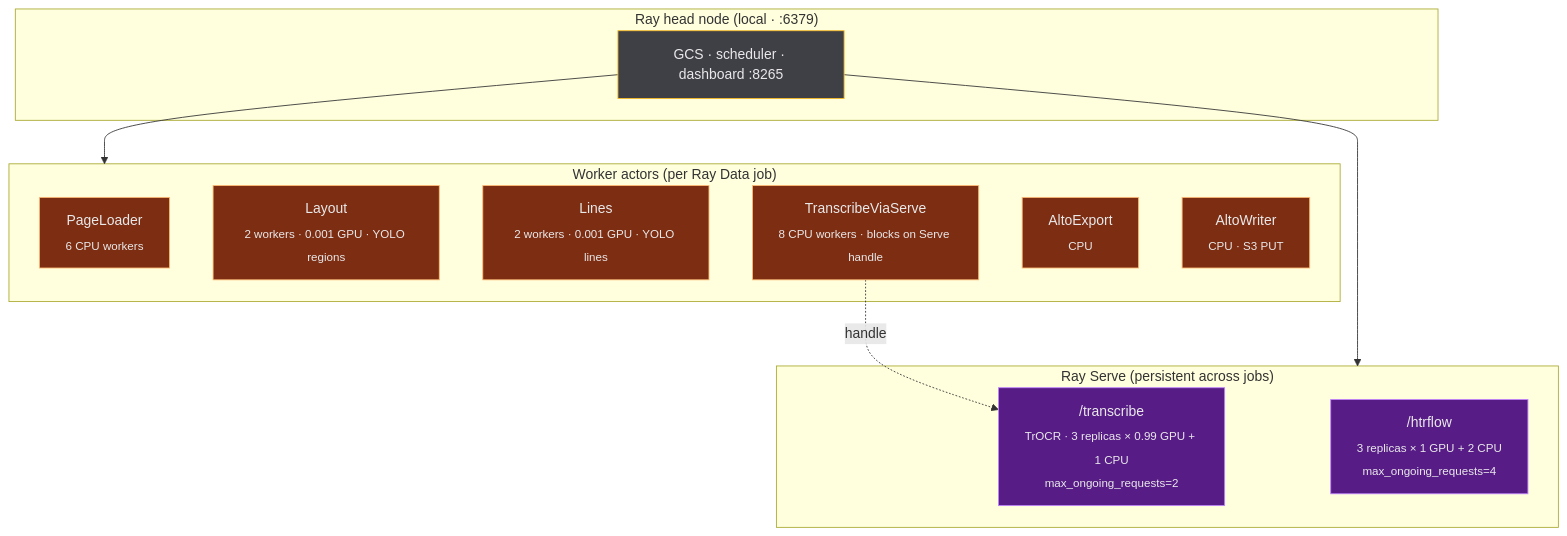
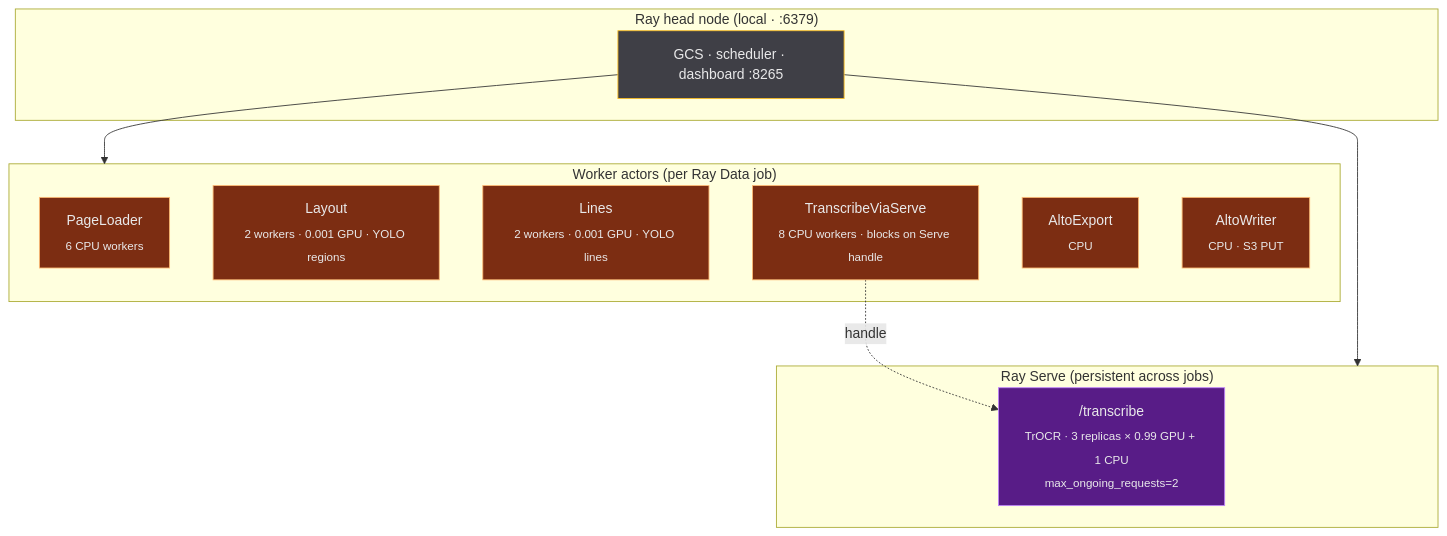
The fifth of 5 diagrams in docs/architecture/system-overview.md (AI-Riksarkivet/rask), drawn with Mermaid before and after one commit. The commit also changed other lines of this file and 67 other files, not shown here.

````diff
--- a/docs/architecture/system-overview.md
+++ b/docs/architecture/system-overview.md
@@ -344,31 +339,30 @@
 ```mermaid
 flowchart TB
     subgraph head["Ray head node (local · :6379)"]
         gcs["GCS · scheduler · dashboard :8265"]
     end
 
     subgraph workers["Worker actors (per Ray Data job)"]
         pl["PageLoader<br/><sub>6 CPU workers</sub>"]
         ly["Layout<br/><sub>2 workers · 0.001 GPU · YOLO regions</sub>"]
         ln["Lines<br/><sub>2 workers · 0.001 GPU · YOLO lines</sub>"]
         tx["TranscribeViaServe<br/><sub>8 CPU workers · blocks on Serve handle</sub>"]
         ax["AltoExport<br/><sub>CPU</sub>"]
         aw["AltoWriter<br/><sub>CPU · S3 PUT</sub>"]
     end
 
     subgraph serve["Ray Serve (persistent across jobs)"]
         trserve["/transcribe<br/><sub>TrOCR · 3 replicas × 0.99 GPU + 1 CPU<br/>max_ongoing_requests=2</sub>"]
-        hfserve["/htrflow<br/><sub>3 replicas × 1 GPU + 2 CPU<br/>max_ongoing_requests=4</sub>"]
     end
 
     gcs --> workers
     gcs --> serve
     tx -.handle.-> trserve
 
     classDef head fill:#3f3f46,stroke:#fbbf24,color:#e9e9ea
     classDef worker fill:#7c2d12,stroke:#fdba74,color:#e9e9ea
     classDef serve fill:#581c87,stroke:#c084fc,color:#e9e9ea
     class gcs head
     class pl,ly,ln,tx,ax,aw worker
-    class trserve,hfserve serve
+    class trserve serve
 ```
````
